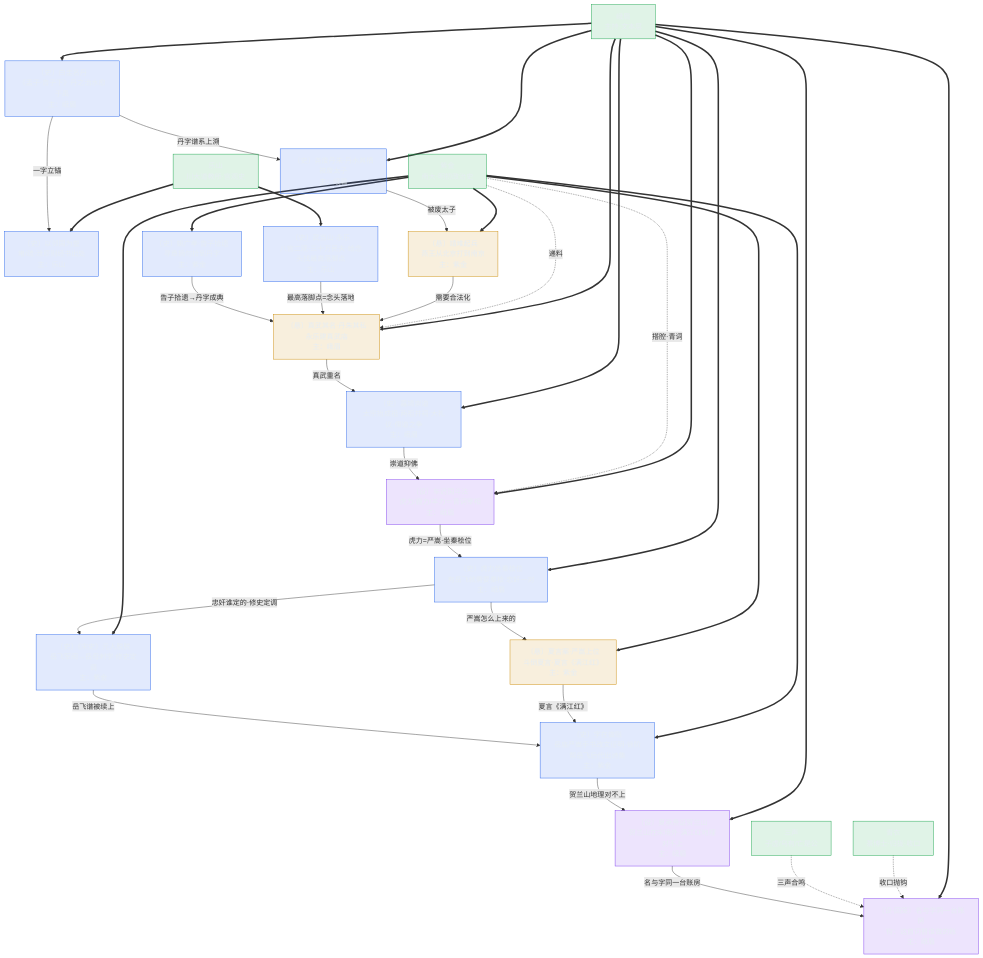
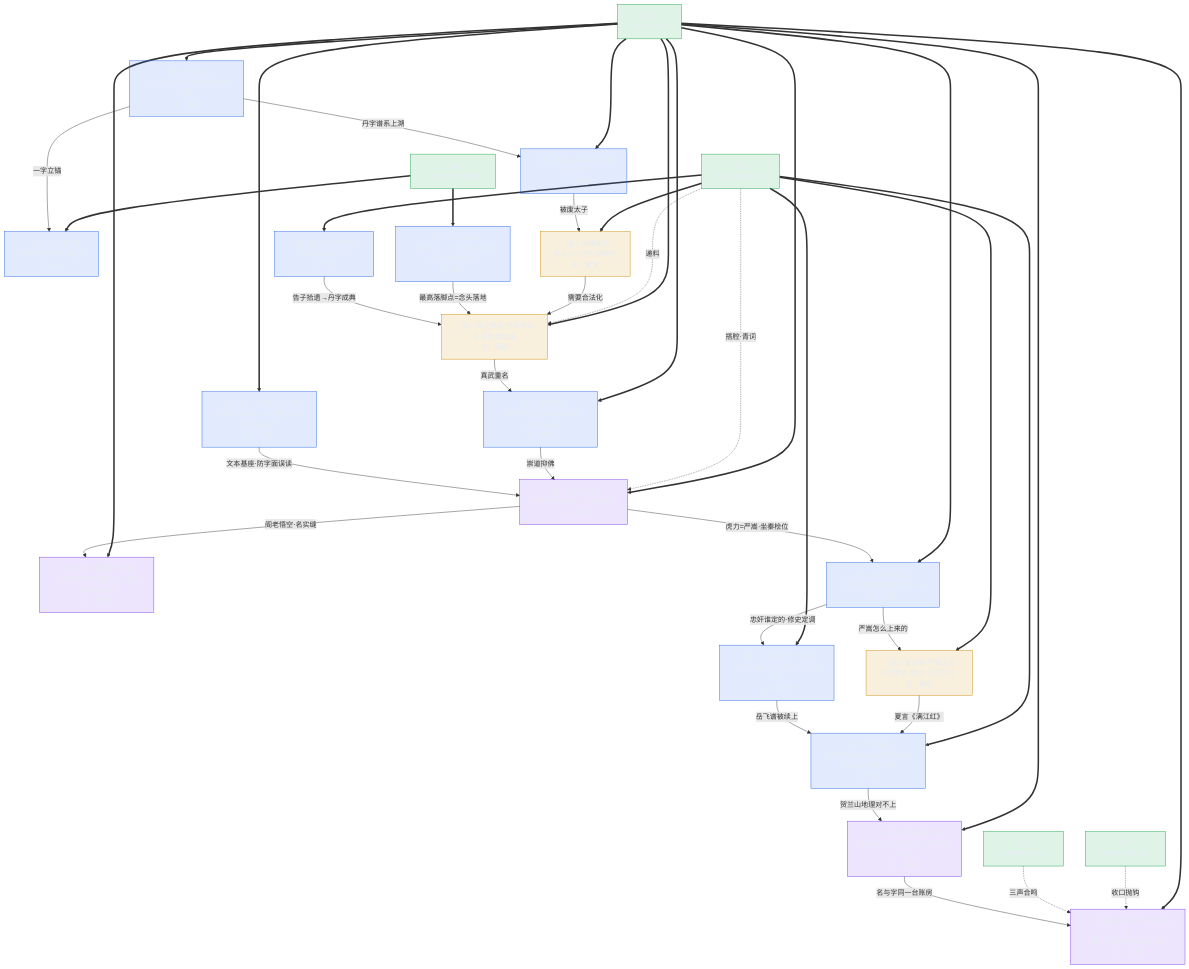
The diagram in docs/三更道场_第一期_知识图谱_mermaid.md (Seek-Key-LTD/kunpengzhi-podcast), drawn with Mermaid before and after one commit. The commit also changed other lines of this file, not shown here.

````diff
--- a/docs/三更道场_第一期_知识图谱_mermaid.md
+++ b/docs/三更道场_第一期_知识图谱_mermaid.md
@@ -36,73 +36,79 @@
 ```mermaid
 flowchart TD
     %% ===== 人格层 =====
     qy["青衣<br/>茶博士·归拢·收口"]:::p
     em["峨眉<br/>主持·文本层"]:::p
     sx["三声<br/>子虚/乌有/亡是公"]:::p
     ls["乐山<br/>川大道教所·宫观史"]:::p
     zj["紫金<br/>南大·明初政治史"]:::p
 
     %% ===== 显案层（丹字案·按四幕） =====
     k1["〔史〕白圭名丹<br/>《孟子·告子下》丹之治水愈于禹<br/>主：峨眉"]:::s
     k2["〔史〕以邻国为壑<br/>堵/疏·泄原则经书出处<br/>主：乐山"]:::s
     k3["〔史〕尧废丹朱·丹水其栖<br/>被废太子<br/>主：峨眉"]:::s
     k4["〔悬〕靖难起兵<br/>燕王从北京打到南京<br/>主：紫金"]:::x
     k5["〔悬〕真武其名·丹朱其私<br/>永乐建真武庙<br/>主：峨眉"]:::x
     k6["〔史〕姚广孝·告子拾遗<br/>寻章摘句拾到丹字<br/>主：紫金"]:::s
     k7["〔史〕武当山·永乐<br/>八宫二观·三十万民夫·给念头找最高落脚点<br/>主：乐山"]:::s
     k8["〔史〕嘉靖崇道<br/>太宗抬成祖·两祖并祠·大礼议·儒道之争<br/>主：峨眉"]:::s
     k9["〔设〕车迟国斗法<br/>虎力/鹿力/羊力＝青词宰相<br/>主：峨眉"]:::t
+    k9a["〔史·文本〕三家配合本如然<br/>儒释道三教合一·1.0禅宗/2.0全真/3.0心学<br/>主：峨眉"]:::s
+    k9b["〔设·机锋〕阁老各个悟空<br/>①表无所作为(悟'空')②里猴子逼宫(心猿)<br/>主：峨眉"]:::t
 
     %% ===== 案中案层（满江红案·嵌幕四） =====
     m1["〔史〕虎力坐秦桧位<br/>有岳飞就需要秦桧·忠奸一对<br/>主：峨眉"]:::s
     m2["〔史〕《宋史》元人脱脱<br/>岳飞军阀→岳母刺字·修史定调<br/>主：紫金"]:::s
     m3["〔悬〕夏言案·严嵩上位<br/>斗倒夏言·夏言《满江红》<br/>主：紫金"]:::x
     m4["〔史〕字在做账<br/>岳庙严嵩手书改文征明·徐阶帮岳飞后代出诗集<br/>主：紫金"]:::s
     m5["〔设〕夏承焘证贺兰山<br/>贺兰山在宋境外·满江红地理对不上<br/>主：峨眉"]:::t
     m6["〔设·回笼〕名与字同一台账房<br/>钩：这首词替谁做的账<br/>主：峨眉"]:::t
 
     %% ===== 主递（实边）· 搭腔（虚边） =====
     em ==> k1
     ls ==> k2
     em ==> k3
     zj ==> k4
     em ==> k5
     zj -.->|递料| k5
     zj ==> k6
     ls ==> k7
     em ==> k8
     em ==> k9
     zj -.->|搭腔·青词| k9
+    em ==> k9a
+    em ==> k9b
     em ==> m1
     zj ==> m2
     zj ==> m3
     zj ==> m4
     em ==> m5
     em ==> m6
     qy -.->|收口抛钩| m6
     sx -.->|三声合鸣| m6
 
     %% ===== 显案关系（案链） =====
     k1 -->|一字立锚| k2
     k1 -->|丹字谱系上溯| k3
     k3 -->|被废太子| k4
     k4 -->|需要合法化| k5
     k7 -->|最高落脚点=念头落地| k5
     k6 -->|告子拾遗→丹字成典| k5
     k5 -->|真武重名| k8
     k8 -->|崇道抑佛| k9
+    k9a -->|文本基座·防字面误读| k9
+    k9 -->|阁老悟空·名实缝| k9b
 
     %% ===== 案中案关系（嵌幕四·满江红重走） =====
     k9 -->|虎力=严嵩·坐秦桧位| m1
     m1 -->|忠奸谁定的·修史定调| m2
     m1 -->|严嵩怎么上来的| m3
     m3 -->|夏言《满江红》| m4
     m2 -->|岳飞谱被续上| m4
     m4 -->|贺兰山地理对不上| m5
     m5 -->|名与字同一台账房| m6
 
     classDef p fill:#16a34a22,stroke:#16a34a,color:#e6edf3;
     classDef s fill:#2563eb22,stroke:#2563eb,color:#e6edf3;
     classDef x fill:#ca8a0422,stroke:#ca8a04,color:#e6edf3;
     classDef t fill:#7c3aed22,stroke:#7c3aed,color:#e6edf3;
 ```
````
